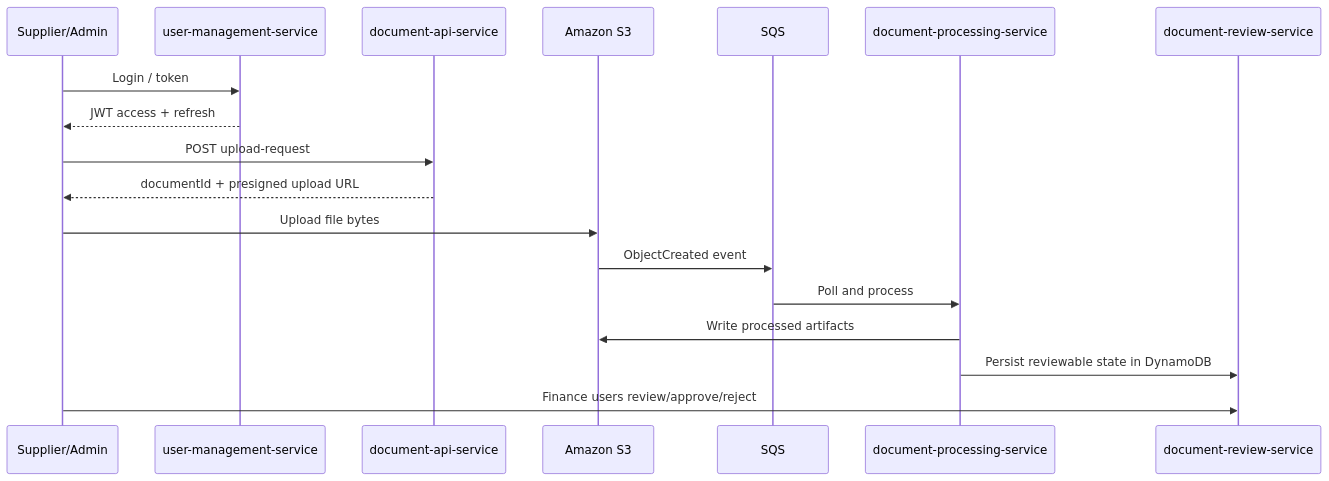
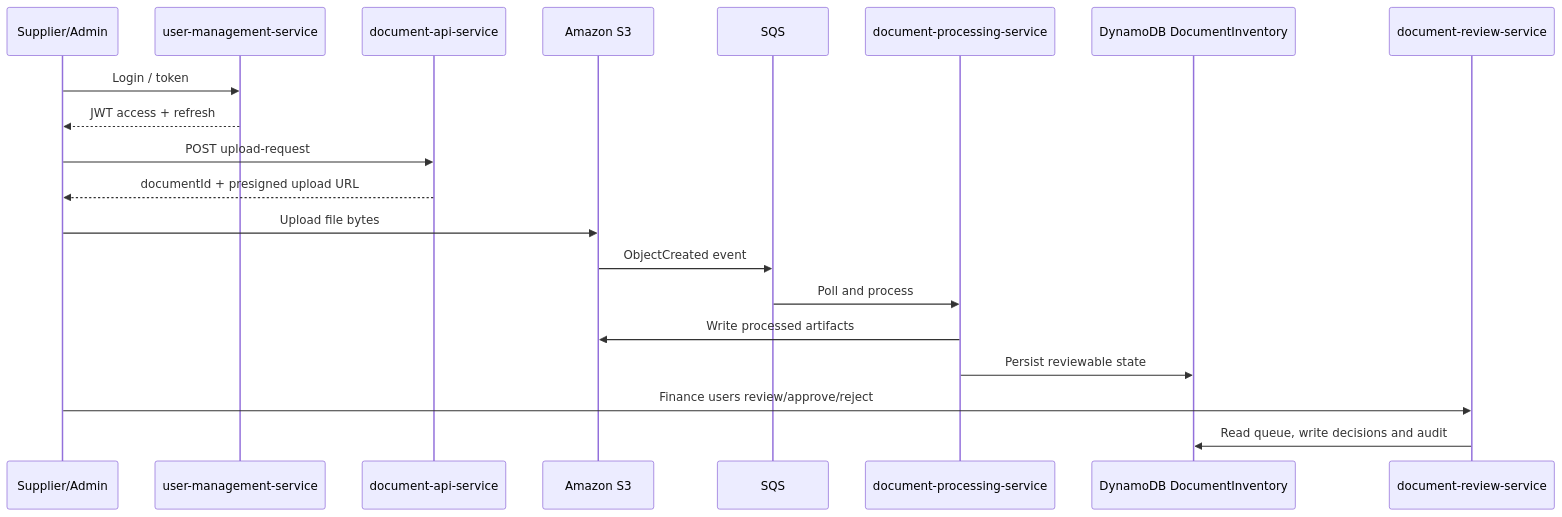
Before and after one commit to Github-Arun-Repo/terraform-labs: the second of 5 diagrams in applications/README.md, drawn with Mermaid. The commit also changed other lines of this file and 11 other files, not shown here.

````diff
--- a/applications/README.md
+++ b/applications/README.md
@@ -40,21 +41,24 @@
 ```mermaid
+%%{init: {'theme':'default','flowchart':{'useMaxWidth':true,'htmlLabels':true}}}%%
 sequenceDiagram
    participant Supplier as Supplier/Admin
    participant UMS as user-management-service
    participant API as document-api-service
    participant S3 as Amazon S3
    participant SQS as SQS
    participant DPS as document-processing-service
+   participant DDB as DynamoDB DocumentInventory
    participant DRS as document-review-service
 
    Supplier->>UMS: Login / token
    UMS-->>Supplier: JWT access + refresh
    Supplier->>API: POST upload-request
    API-->>Supplier: documentId + presigned upload URL
    Supplier->>S3: Upload file bytes
    S3->>SQS: ObjectCreated event
    SQS->>DPS: Poll and process
    DPS->>S3: Write processed artifacts
-   DPS->>DRS: Persist reviewable state in DynamoDB
+   DPS->>DDB: Persist reviewable state
    Supplier->>DRS: Finance users review/approve/reject
+   DRS->>DDB: Read queue, write decisions and audit
 ```
````
